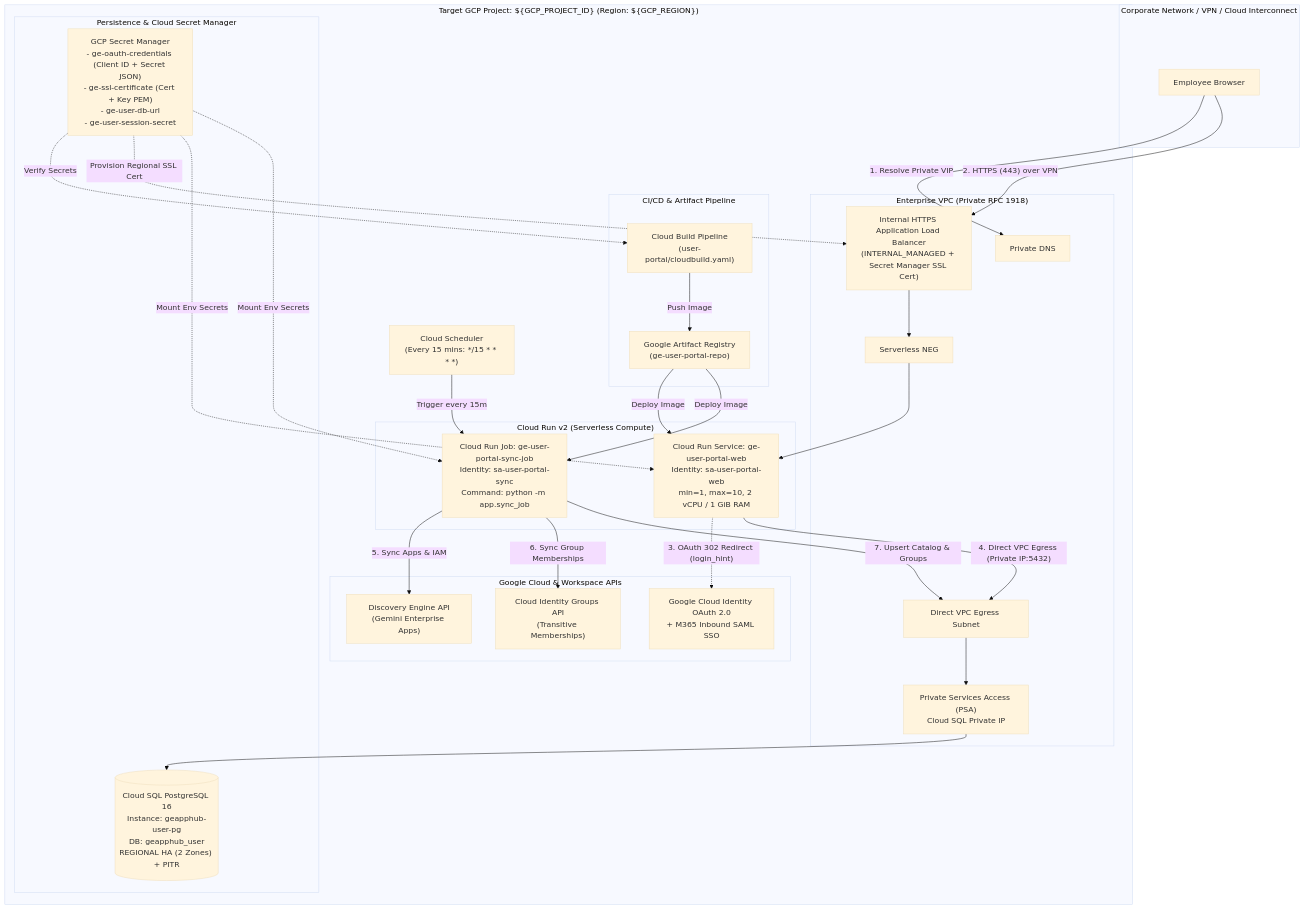
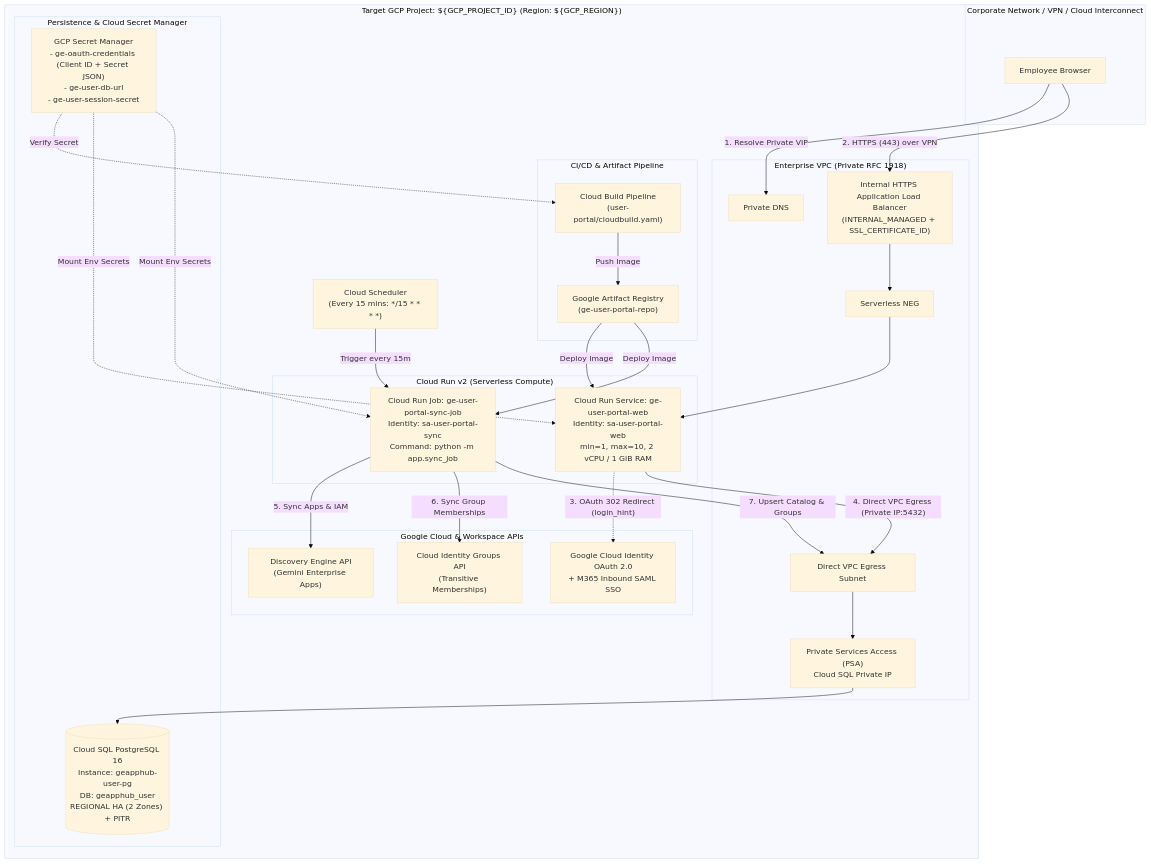
The diagram in user-portal/docs/user-portal-gcp-deployment-design.md (mohanrajs-ai/aihub), drawn with Mermaid (base theme) before and after one commit. The commit also changed other lines of this file and 8 other files, not shown here.

````diff
--- a/user-portal/docs/user-portal-gcp-deployment-design.md
+++ b/user-portal/docs/user-portal-gcp-deployment-design.md
@@ -24,56 +24,55 @@
 ```mermaid
 flowchart TB
   subgraph CorpNet["Corporate Network / VPN / Cloud Interconnect"]
     UserBrowser["Employee Browser"]
   end
 
   subgraph GCP["Target GCP Project: ${GCP_PROJECT_ID} (Region: ${GCP_REGION})"]
     subgraph CICD["CI/CD & Artifact Pipeline"]
       CloudBuild["Cloud Build Pipeline<br/>(user-portal/cloudbuild.yaml)"]
       ArtifactReg["Google Artifact Registry<br/>(ge-user-portal-repo)"]
     end
 
     subgraph VPC["Enterprise VPC (Private RFC 1918)"]
       DNS["Private DNS"]
-      ILB["Internal HTTPS Application Load Balancer<br/>(INTERNAL_MANAGED + Secret Manager SSL Cert)"]
+      ILB["Internal HTTPS Application Load Balancer<br/>(INTERNAL_MANAGED + SSL_CERTIFICATE_ID)"]
       NEG["Serverless NEG"]
       EgressSubnet["Direct VPC Egress Subnet"]
       PSA["Private Services Access (PSA)<br/>Cloud SQL Private IP"]
     end
 
     subgraph CloudRunPlane["Cloud Run v2 (Serverless Compute)"]
       WebSvc["Cloud Run Service: ge-user-portal-web<br/>Identity: sa-user-portal-web<br/>min=1, max=10, 2 vCPU / 1 GiB RAM"]
       SyncJob["Cloud Run Job: ge-user-portal-sync-job<br/>Identity: sa-user-portal-sync<br/>Command: python -m app.sync_job"]
     end
 
     Scheduler["Cloud Scheduler<br/>(Every 15 mins: */15 * * * *)"]
 
     subgraph DataAndSecrets["Persistence & Cloud Secret Manager"]
       CloudSQL[("Cloud SQL PostgreSQL 16<br/>Instance: geapphub-user-pg<br/>DB: geapphub_user<br/>REGIONAL HA (2 Zones) + PITR")]
-      SecretMgr["GCP Secret Manager<br/>- ge-oauth-credentials (Client ID + Secret JSON)<br/>- ge-ssl-certificate (Cert + Key PEM)<br/>- ge-user-db-url<br/>- ge-user-session-secret"]
+      SecretMgr["GCP Secret Manager<br/>- ge-oauth-credentials (Client ID + Secret JSON)<br/>- ge-user-db-url<br/>- ge-user-session-secret"]
     end
 
     subgraph GoogleAPIs["Google Cloud & Workspace APIs"]
       OAuth["Google Cloud Identity OAuth 2.0<br/>+ M365 Inbound SAML SSO"]
       DiscEngine["Discovery Engine API<br/>(Gemini Enterprise Apps)"]
       CloudIdentity["Cloud Identity Groups API<br/>(Transitive Memberships)"]
     end
   end
 
   CloudBuild -->|"Push Image"| ArtifactReg
   ArtifactReg -->|"Deploy Image"| WebSvc
   ArtifactReg -->|"Deploy Image"| SyncJob
-  SecretMgr -.->|"Verify Secrets"| CloudBuild
-  SecretMgr -.->|"Provision Regional SSL Cert"| ILB
+  SecretMgr -.->|"Verify Secret"| CloudBuild
   UserBrowser -->|"1. Resolve Private VIP"| DNS
   UserBrowser -->|"2. HTTPS (443) over VPN"| ILB
   ILB --> NEG --> WebSvc
   WebSvc -.->|"3. OAuth 302 Redirect (login_hint)"| OAuth
   WebSvc -->|"4. Direct VPC Egress (Private IP:5432)"| EgressSubnet --> PSA --> CloudSQL
   SecretMgr -.->|"Mount Env Secrets"| WebSvc
   SecretMgr -.->|"Mount Env Secrets"| SyncJob
   Scheduler -->|"Trigger every 15m"| SyncJob
   SyncJob -->|"5. Sync Apps & IAM"| DiscEngine
   SyncJob -->|"6. Sync Group Memberships"| CloudIdentity
   SyncJob -->|"7. Upsert Catalog & Groups"| EgressSubnet
 ```
````
